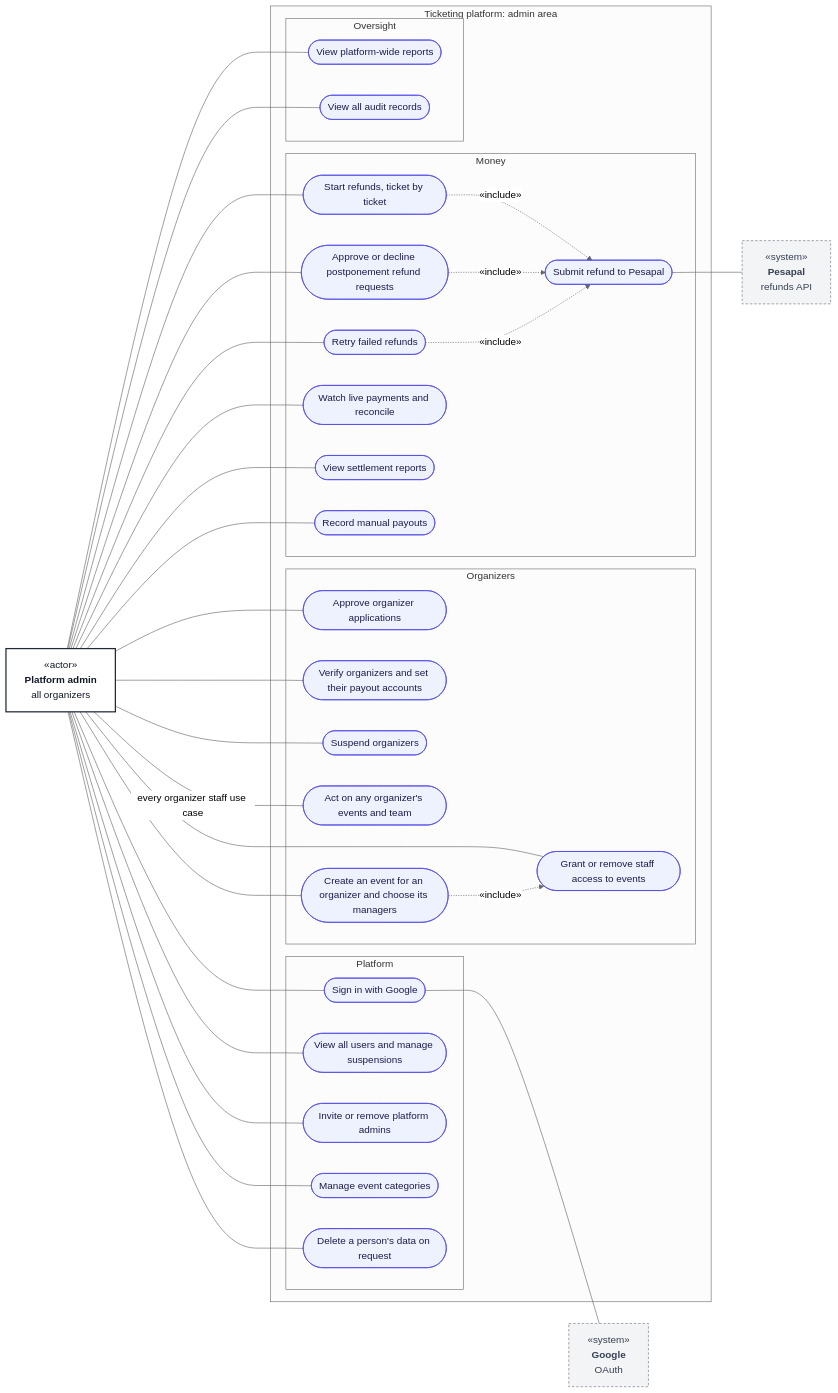
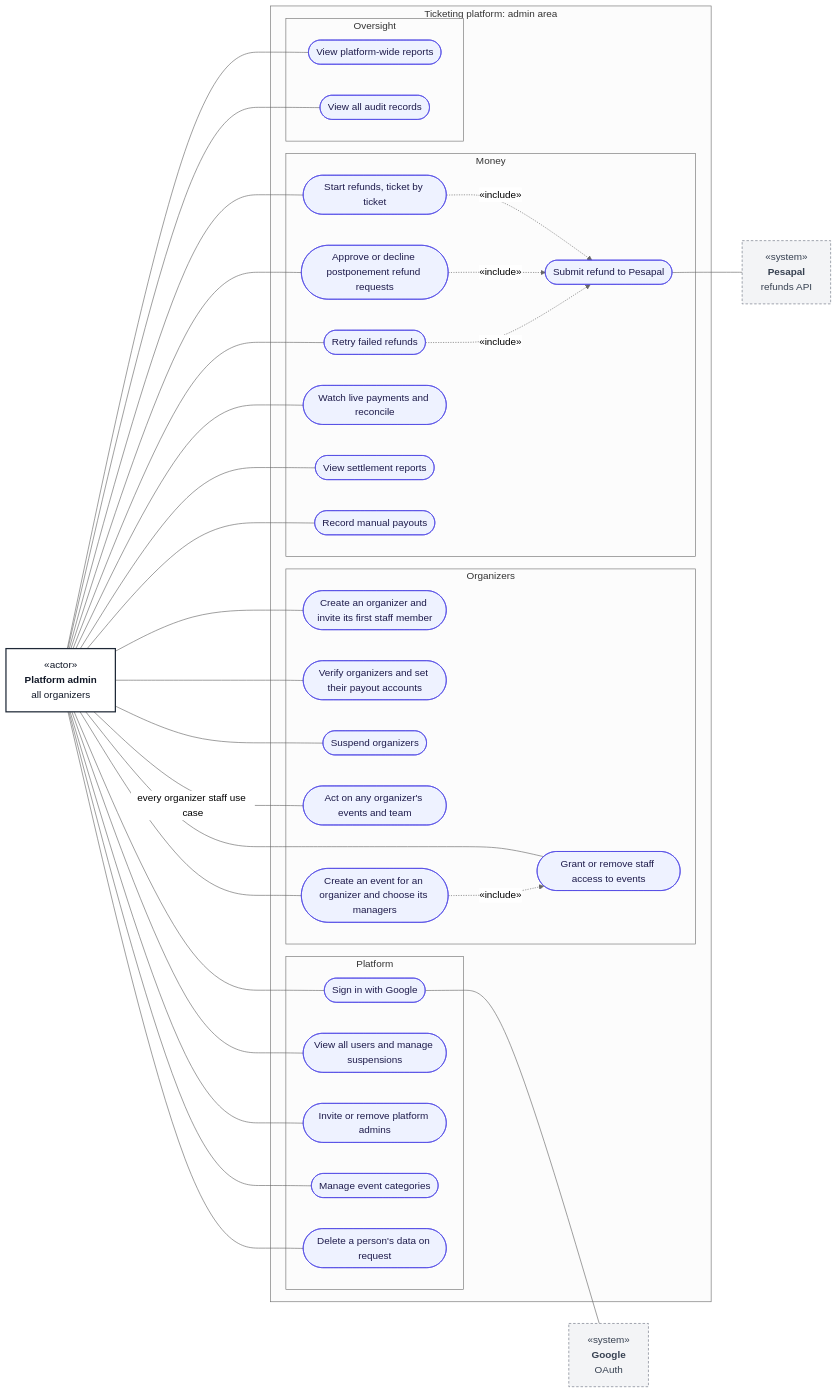
Before and after one commit to kreativesahara/ticket: the diagram in doc/diagrams/use-cases/05-platform-admin.md, drawn with Mermaid (neutral theme). The commit also changed other lines of this file and 14 other files, not shown here.

Commit message:
add use case diagrams, role privileges documentation, and update project specifications for organizer staff and platform admin workflows

````diff
--- a/doc/diagrams/use-cases/05-platform-admin.md
+++ b/doc/diagrams/use-cases/05-platform-admin.md
@@ -9,70 +9,70 @@
 ```mermaid
 flowchart LR
     classDef actor fill:#ffffff,stroke:#1f2937,stroke-width:2px,color:#111827
     classDef external fill:#f3f4f6,stroke:#6b7280,stroke-width:1px,stroke-dasharray:4 3,color:#374151
     classDef usecase fill:#eef2ff,stroke:#4f46e5,stroke-width:1px,color:#1e1b4b
 
     Admin["«actor»<br/><b>Platform admin</b><br/>all organizers"]:::actor
 
     subgraph SYS["Ticketing platform: admin area"]
         subgraph P1["Platform"]
             A1(["Sign in with Google"]):::usecase
             A2(["View all users and manage suspensions"]):::usecase
             A3(["Invite or remove platform admins"]):::usecase
             A4(["Manage event categories"]):::usecase
             A18(["Delete a person's data on request"]):::usecase
         end
         subgraph P2["Organizers"]
-            A5(["Approve organizer applications"]):::usecase
+            A5(["Create an organizer and invite its first staff member"]):::usecase
             A6(["Verify organizers and set their payout accounts"]):::usecase
             A7(["Suspend organizers"]):::usecase
             A8(["Act on any organizer's events and team"]):::usecase
             A20(["Create an event for an organizer and choose its managers"]):::usecase
             A19(["Grant or remove staff access to events"]):::usecase
         end
         subgraph P3["Money"]
             A9(["Start refunds, ticket by ticket"]):::usecase
             A10(["Approve or decline postponement refund requests"]):::usecase
             A11(["Retry failed refunds"]):::usecase
             A12(["Submit refund to Pesapal"]):::usecase
             A13(["Watch live payments and reconcile"]):::usecase
             A14(["View settlement reports"]):::usecase
             A15(["Record manual payouts"]):::usecase
         end
         subgraph P4["Oversight"]
             A16(["View platform-wide reports"]):::usecase
             A17(["View all audit records"]):::usecase
         end
     end
 
     Google["«system»<br/><b>Google</b><br/>OAuth"]:::external
     Pesapal["«system»<br/><b>Pesapal</b><br/>refunds API"]:::external
 
     Admin --- A1
     Admin --- A2
     Admin --- A3
     Admin --- A4
     Admin --- A18
     Admin --- A5
     Admin --- A6
     Admin --- A7
     Admin ---|"every organizer staff use case"| A8
     Admin --- A19
     Admin --- A20
     A20 -.->|"«include»"| A19
     Admin --- A9
     Admin --- A10
     Admin --- A11
     Admin --- A13
     Admin --- A14
     Admin --- A15
     Admin --- A16
     Admin --- A17
 
     A9 -.->|"«include»"| A12
     A10 -.->|"«include»"| A12
     A11 -.->|"«include»"| A12
 
     A1 --- Google
     A12 --- Pesapal
 ```
````
